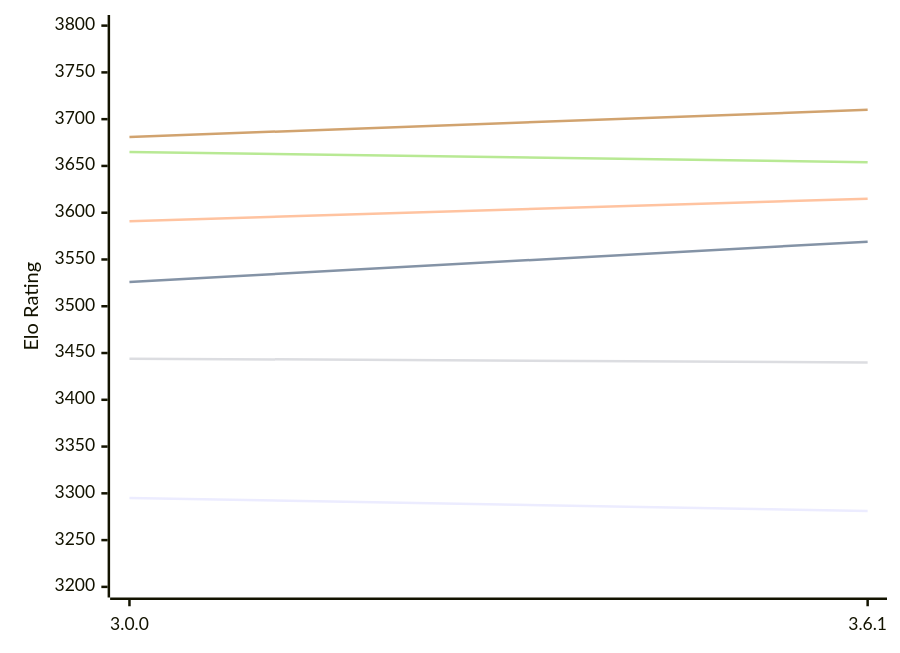
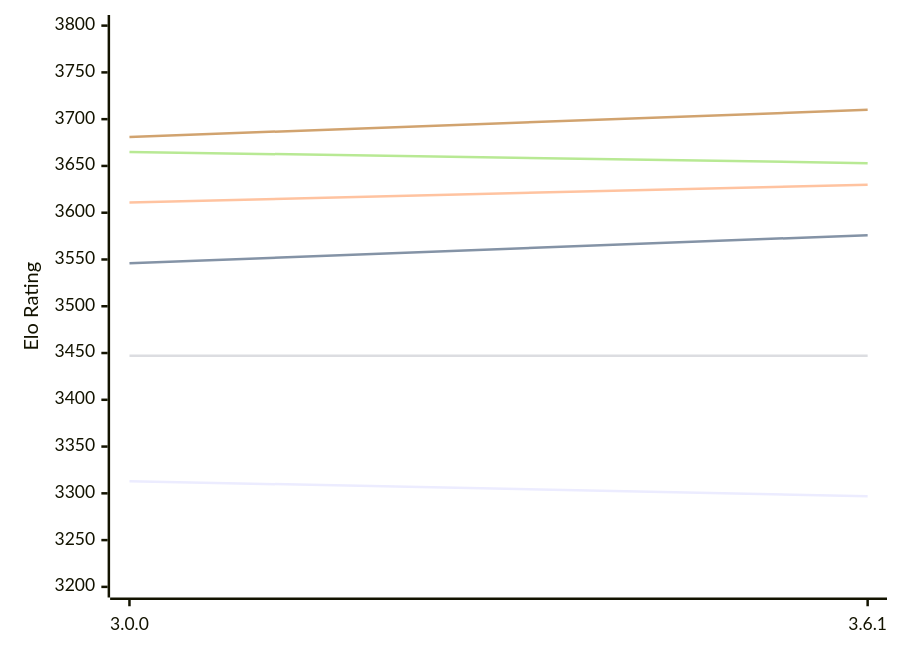
Before and after one commit to computer-chess-index/cci: the diagram in engines/Peras.md, drawn with Mermaid. The commit also changed other lines of this file, not shown here.

Commit message:
Update CCI Ratings (ELO VLTC) - 2026-10-22

````diff
--- a/engines/Peras.md
+++ b/engines/Peras.md
@@ -49,12 +49,12 @@
 ```mermaid
 %%{init: {"theme":"base","themeVariables":{"seriesColors:['#a3a3a3','#222221','#faa371']}}}%%
 xychart-beta
   x-axis ["3.0.0", "3.6.1"]
   y-axis "Elo Rating" 3200 --> 3800
-  line "E1: STC (8.0+0.08s)" [3295, 3281]
-  line "E1: LTC (60.0+0.60s)" [3526, 3569]
-  line "E1: VLTC (2m24s+1.12s)" [3591, 3615]
-  line "P1: STC (8.0+0.08s)" [3444, 3440]
-  line "P1: LTC (60.0+0.60s)" [3665, 3654]
+  line "E1: STC (8.0+0.08s)" [3313, 3297]
+  line "E1: LTC (60.0+0.60s)" [3546, 3576]
+  line "E1: VLTC (2m24s+1.12s)" [3611, 3630]
+  line "P1: STC (8.0+0.08s)" [3447, 3447]
+  line "P1: LTC (60.0+0.60s)" [3665, 3653]
   line "P1: VLTC (2m24s+1.12s)" [3681, 3710]
 ```
````
